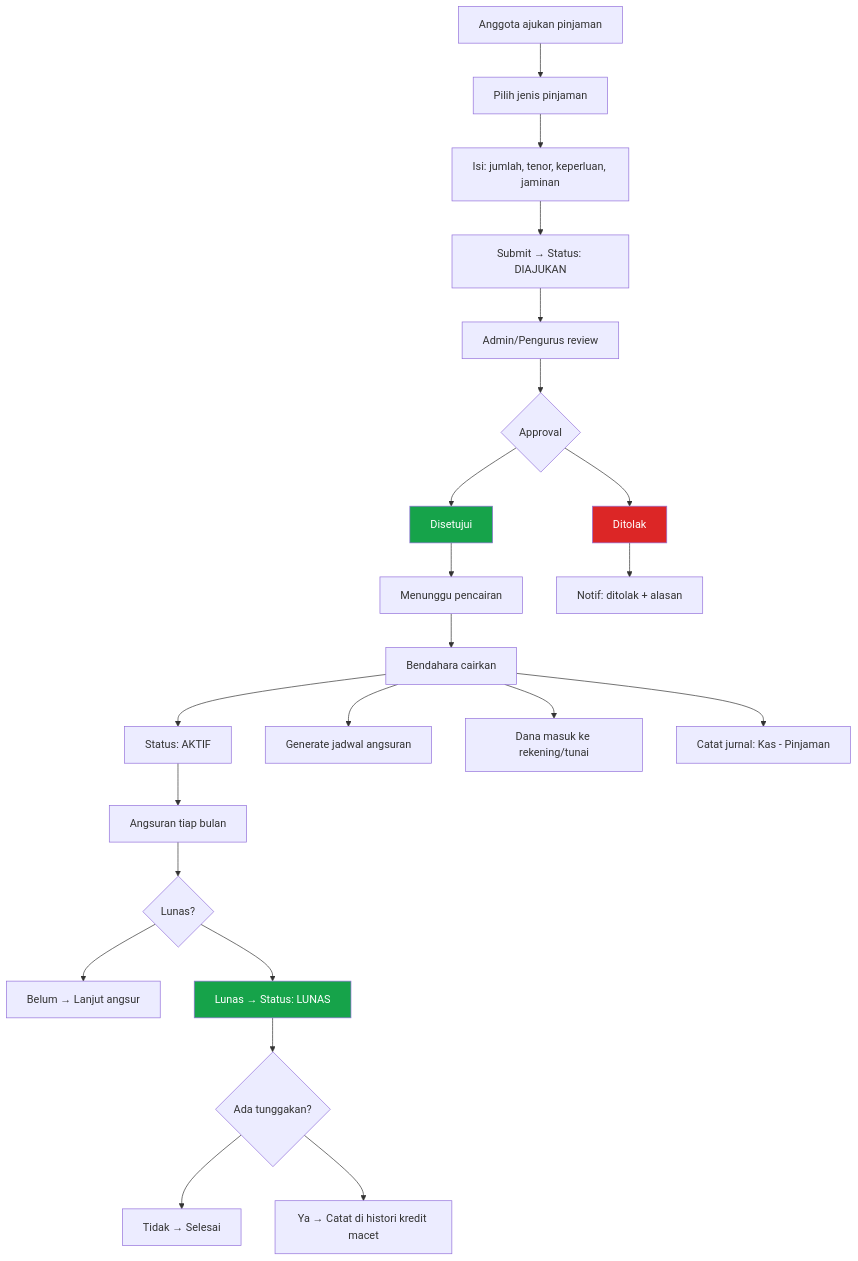
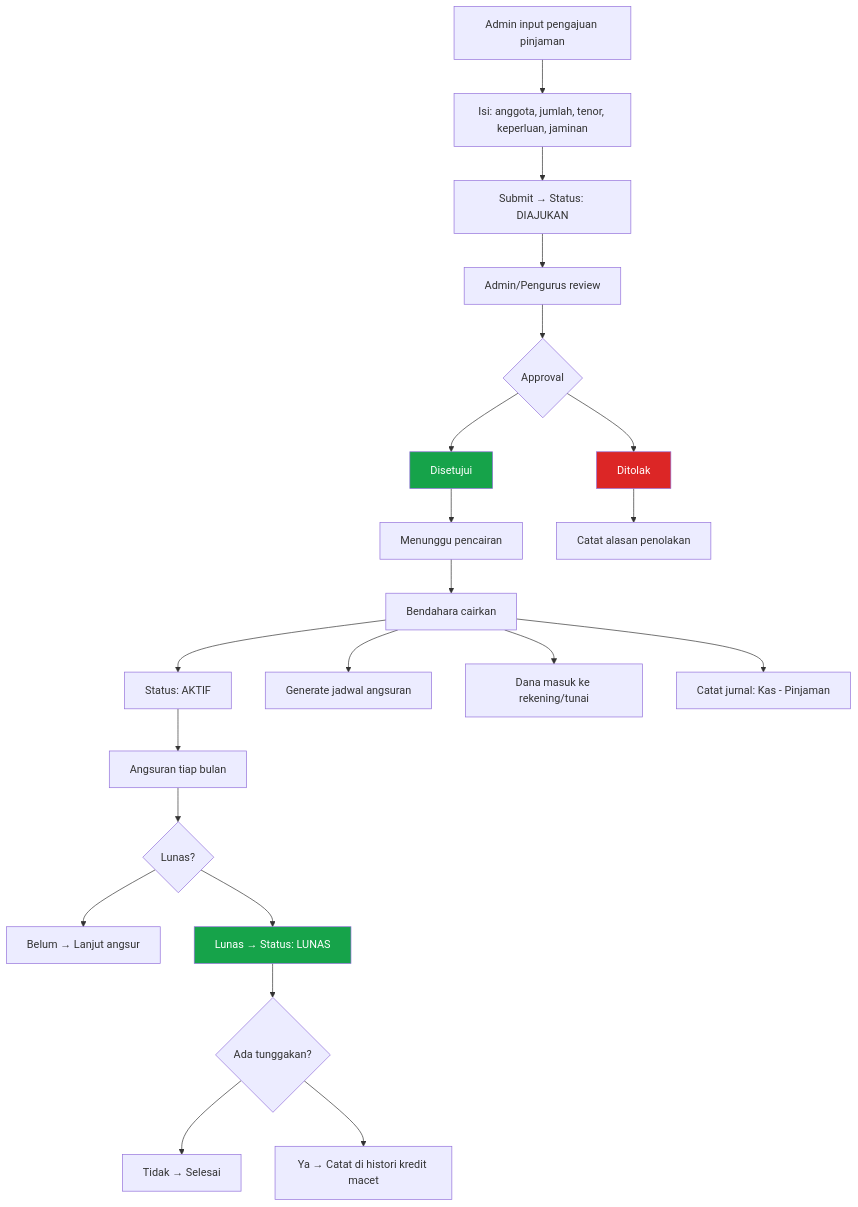
One commit to scavanger2221/koperasi-backoffice changed the third of 8 diagrams in FLOW_DAN_LOGIC.md. Above: the diagram before and after it, drawn with Mermaid. The commit also changed other lines of this file and 42 other files, not shown here.

First line of the commit message:
Phase 1: angsuran tracking, jurnal akuntansi, buku kas, kartu anggota print, export csv

````diff
--- a/FLOW_DAN_LOGIC.md
+++ b/FLOW_DAN_LOGIC.md
@@ -158,33 +144,32 @@
 ```mermaid
 graph TD
-    A[Anggota ajukan pinjaman] --> B[Pilih jenis pinjaman]
-    B --> C[Isi: jumlah, tenor, keperluan, jaminan]
-    C --> D[Submit → Status: DIAJUKAN]
-    
-    D --> E[Admin/Pengurus review]
-    E --> F{Approval}
-    F --> G[Disetujui]
-    F --> H[Ditolak]
-    
-    G --> I[Menunggu pencairan]
-    I --> J[Bendahara cairkan]
-    J --> K[Status: AKTIF]
-    J --> L[Generate jadwal angsuran]
-    J --> M[Dana masuk ke rekening/tunai]
-    J --> N[Catat jurnal: Kas - Pinjaman]
-    
-    H --> O[Notif: ditolak + alasan]
-    
-    K --> P[Angsuran tiap bulan]
-    P --> Q{Lunas?}
-    Q --> R[Belum → Lanjut angsur]
-    Q --> S[Lunas → Status: LUNAS]
-    
-    S --> T{Ada tunggakan?}
-    T --> U[Tidak → Selesai]
-    T --> V[Ya → Catat di histori kredit macet]
-    
-    style G fill:#16a34a,color:#fff
-    style H fill:#dc2626,color:#fff
-    style S fill:#16a34a,color:#fff
+    A[Admin input pengajuan pinjaman] --> B[Isi: anggota, jumlah, tenor, keperluan, jaminan]
+    B --> C[Submit → Status: DIAJUKAN]
+
+    C --> D[Admin/Pengurus review]
+    D --> E{Approval}
+    E --> F[Disetujui]
+    E --> G[Ditolak]
+
+    F --> H[Menunggu pencairan]
+    H --> I[Bendahara cairkan]
+    I --> J[Status: AKTIF]
+    I --> K[Generate jadwal angsuran]
+    I --> L[Dana masuk ke rekening/tunai]
+    I --> M[Catat jurnal: Kas - Pinjaman]
+
+    G --> N[Catat alasan penolakan]
+
+    J --> O[Angsuran tiap bulan]
+    O --> P{Lunas?}
+    P --> Q[Belum → Lanjut angsur]
+    P --> R[Lunas → Status: LUNAS]
+
+    R --> S{Ada tunggakan?}
+    S --> T[Tidak → Selesai]
+    S --> U[Ya → Catat di histori kredit macet]
+
+    style F fill:#16a34a,color:#fff
+    style G fill:#dc2626,color:#fff
+    style R fill:#16a34a,color:#fff
 ```
````
